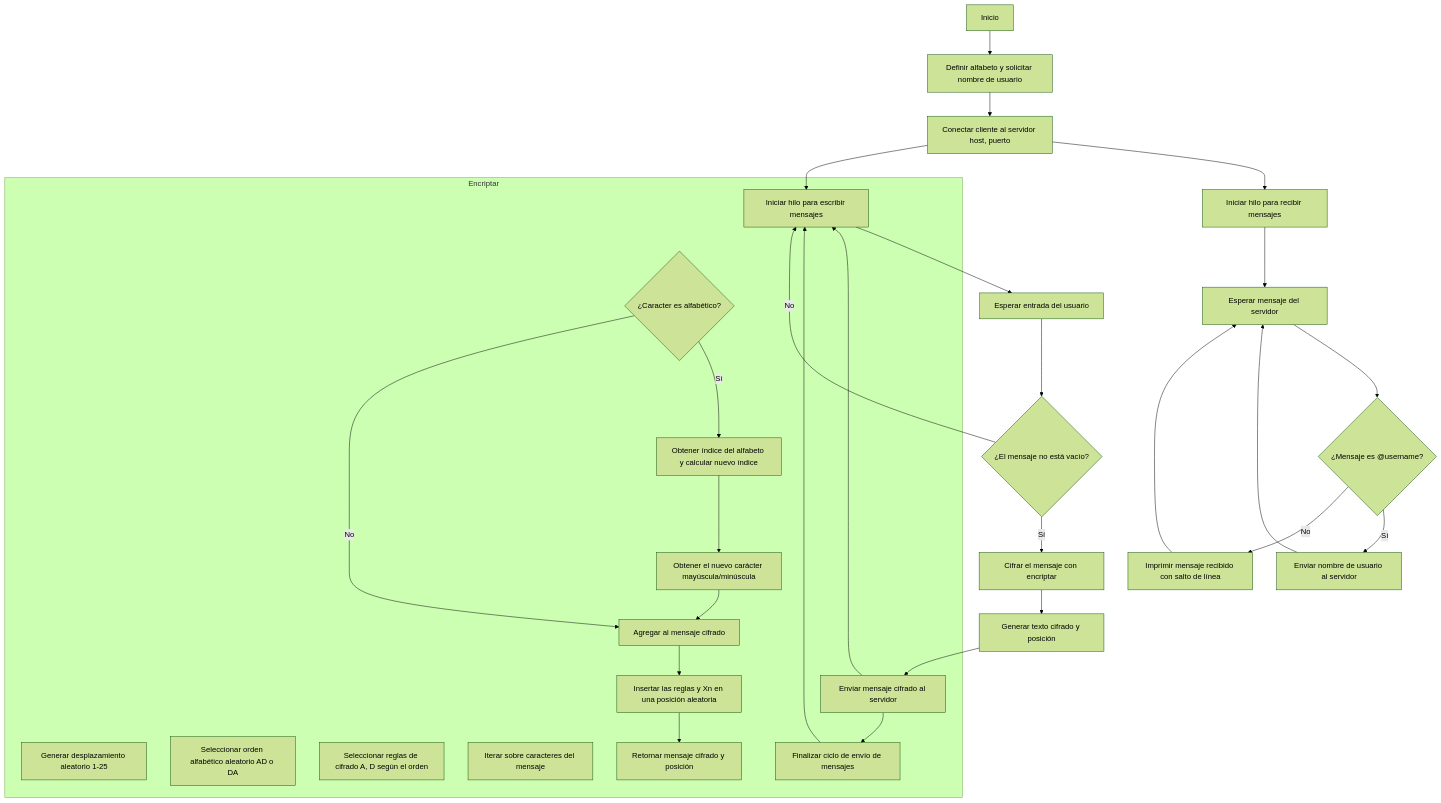
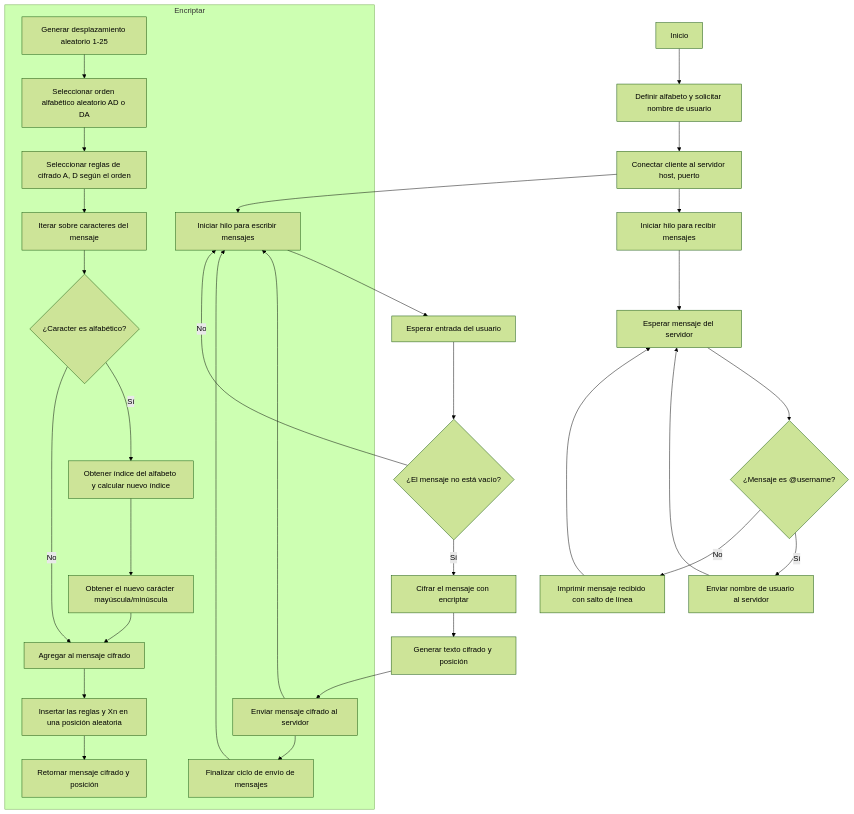
One commit to DavisN3/proyectoCifrado changed the seventh of 8 diagrams in README.md. Above: the diagram before and after it, drawn with Mermaid (forest theme).

````diff
--- a/README.md
+++ b/README.md
@@ -843,43 +843,43 @@
 ```mermaid
 flowchart TD
     A[Inicio] --> B[Definir alfabeto y solicitar nombre de usuario]
     B --> C[Conectar cliente al servidor host, puerto]
     
     %% Flujo para recibir mensajes
     C --> D[Iniciar hilo para recibir mensajes]
     D --> E[Esperar mensaje del servidor]
     E --> F{¿Mensaje es @username?}
     F -->|Sí| G[Enviar nombre de usuario al servidor]
     F -->|No| H[Imprimir mensaje recibido con salto de línea]
     G --> E
     H --> E
 
     %% Flujo para cifrar y enviar mensajes
     C --> I[Iniciar hilo para escribir mensajes]
     I --> J[Esperar entrada del usuario]
     J --> K{¿El mensaje no está vacío?}
     K -->|Sí| L[Cifrar el mensaje con encriptar]
     L --> M[Generar texto cifrado y posición]
     M --> N[Enviar mensaje cifrado al servidor]
     N --> I
     K -->|No| I
 
     %% Función de encriptación
     subgraph Encriptar
         A1[Generar desplazamiento aleatorio 1-25]
-        A2[Seleccionar orden alfabético aleatorio AD o DA]
-        A3[Seleccionar reglas de cifrado A, D según el orden]
-        A4[Iterar sobre caracteres del mensaje]
-        A5{¿Caracter es alfabético?}
+        A1 --> A2[Seleccionar orden alfabético aleatorio AD o DA]
+        A2 --> A3[Seleccionar reglas de cifrado A, D según el orden]
+        A3 --> A4[Iterar sobre caracteres del mensaje]
+        A4 --> A5{¿Caracter es alfabético?}
         A5 -->|Sí| A6[Obtener índice del alfabeto y calcular nuevo índice]
         A6 --> A7[Obtener el nuevo carácter mayúscula/minúscula]
         A7 --> A8[Agregar al mensaje cifrado]
         A5 -->|No| A8
         A8 --> A9[Insertar las reglas y Xn en una posición aleatoria]
         A9 --> A10[Retornar mensaje cifrado y posición]
 
     %% Conexiones finales
     N --> O[Finalizar ciclo de envío de mensajes]
     O --> I
 end
 ```
````
